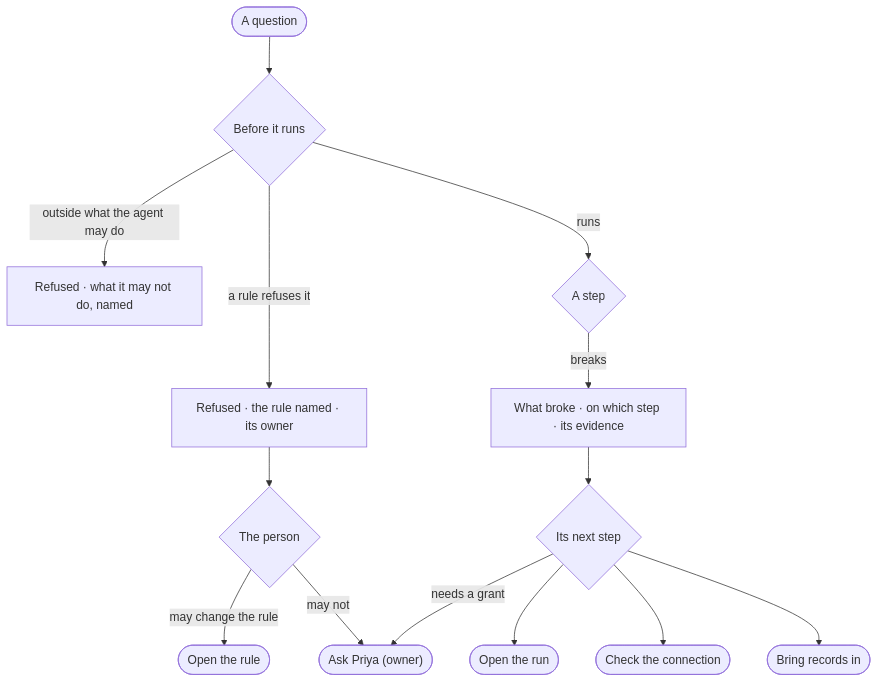
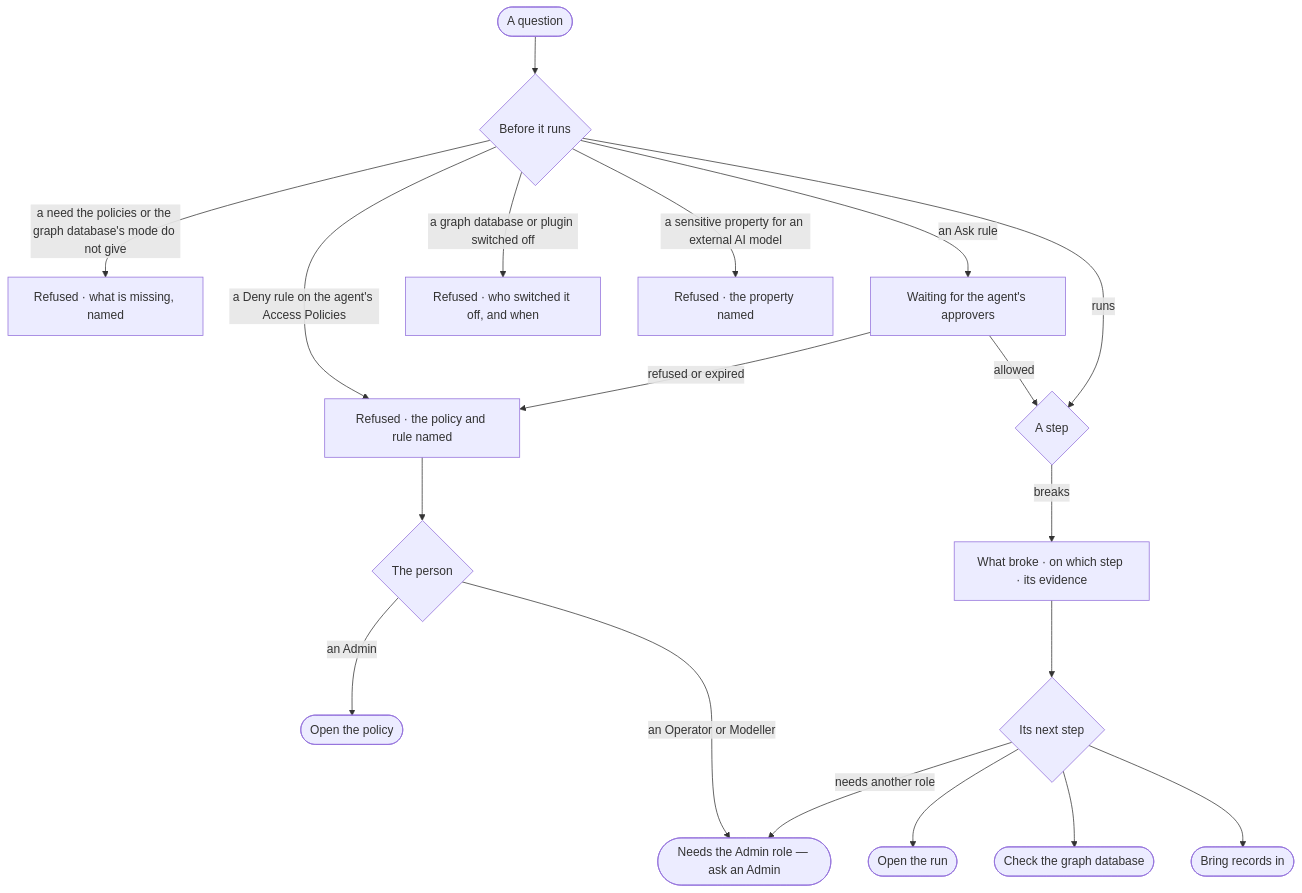
One commit to invana/invana changed the diagram in specs/capabilities/explore/features/EX-F05-when-it-cannot-answer-and-how-it-reasons/stories/EX-06-a-refusal-or-a-failure-that-says-why/story.md. Above: the diagram before and after it, drawn with Mermaid. The commit also changed other lines of this file and 522 other files, not shown here.

````diff
--- a/specs/capabilities/explore/features/EX-F05-when-it-cannot-answer-and-how-it-reasons/stories/EX-06-a-refusal-or-a-failure-that-says-why/story.md
+++ b/specs/capabilities/explore/features/EX-F05-when-it-cannot-answer-and-how-it-reasons/stories/EX-06-a-refusal-or-a-failure-that-says-why/story.md
@@ -26,16 +27,21 @@
 ```mermaid
 flowchart TD
   a([A question]) --> b{Before it runs}
-  b -->|a rule refuses it| r["Refused · the rule named · its owner"]
-  b -->|outside what the agent may do| w["Refused · what it may not do, named"]
+  b -->|a Deny rule on the agent's Access Policies| r["Refused · the policy and rule named"]
+  b -->|a need the policies or the graph database's mode do not give| w["Refused · what is missing, named"]
+  b -->|an Ask rule| ask["Waiting for the agent's approvers"]
+  ask -->|allowed| s
+  ask -->|refused or expired| r
+  b -->|a graph database or plugin switched off| off["Refused · who switched it off, and when"]
+  b -->|a sensitive property for an external AI model| sen["Refused · the property named"]
   r --> o{The person}
-  o -->|may change the rule| cr(["Open the rule"])
-  o -->|may not| ao(["Ask Priya (owner)"])
+  o -->|an Admin| cr(["Open the policy"])
+  o -->|an Operator or Modeller| ao(["Needs the Admin role — ask an Admin"])
   b -->|runs| s{A step}
   s -->|breaks| d["What broke · on which step · its evidence"]
   d --> n{"Its next step"}
   n --> t(["Open the run"])
-  n --> c(["Check the connection"])
+  n --> c(["Check the graph database"])
   n --> l(["Bring records in"])
-  n -->|needs a grant| ao
+  n -->|needs another role| ao
 ```
````
